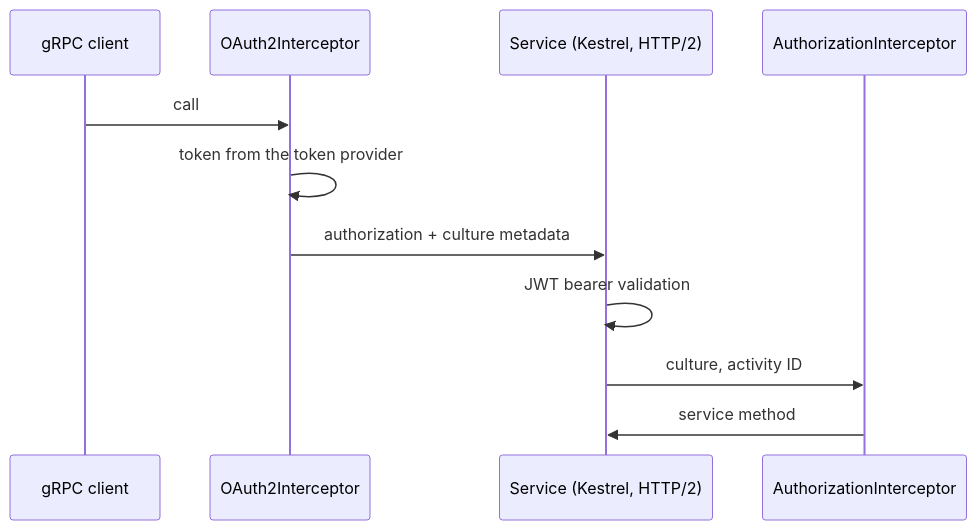
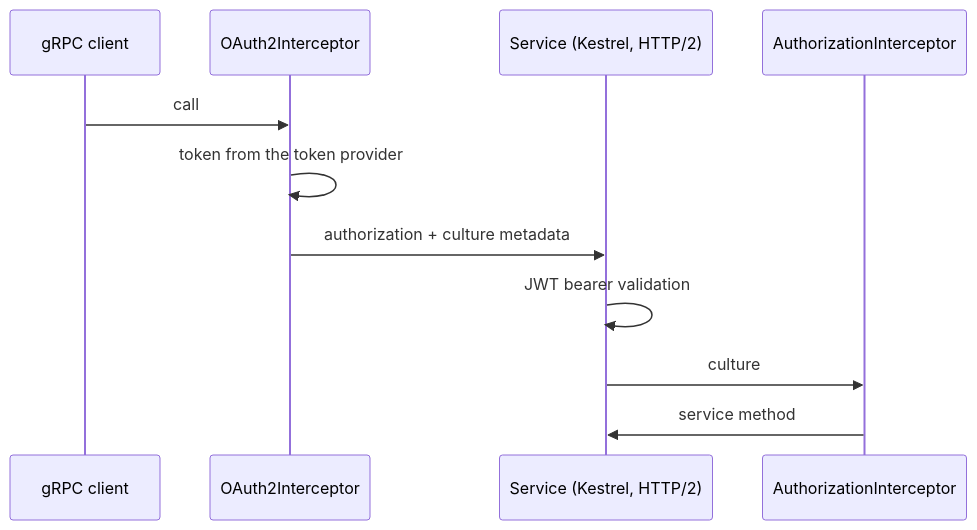
Before and after one commit to Arc4u-org/Arc4u: the diagram in docs/guides/grpc-versioning/grpc.md, drawn with Mermaid. The commit also changed other lines of this file and 27 other files, not shown here.

````diff
--- a/docs/guides/grpc-versioning/grpc.md
+++ b/docs/guides/grpc-versioning/grpc.md
@@ -25,13 +28,13 @@
 ```mermaid
 sequenceDiagram
     participant C as gRPC client
     participant I as OAuth2Interceptor
     participant S as Service (Kestrel, HTTP/2)
     participant A as AuthorizationInterceptor
     C->>I: call
     I->>I: token from the token provider
     I->>S: authorization + culture metadata
     S->>S: JWT bearer validation
-    S->>A: culture, activity ID
+    S->>A: culture
     A->>S: service method
 ```
````
